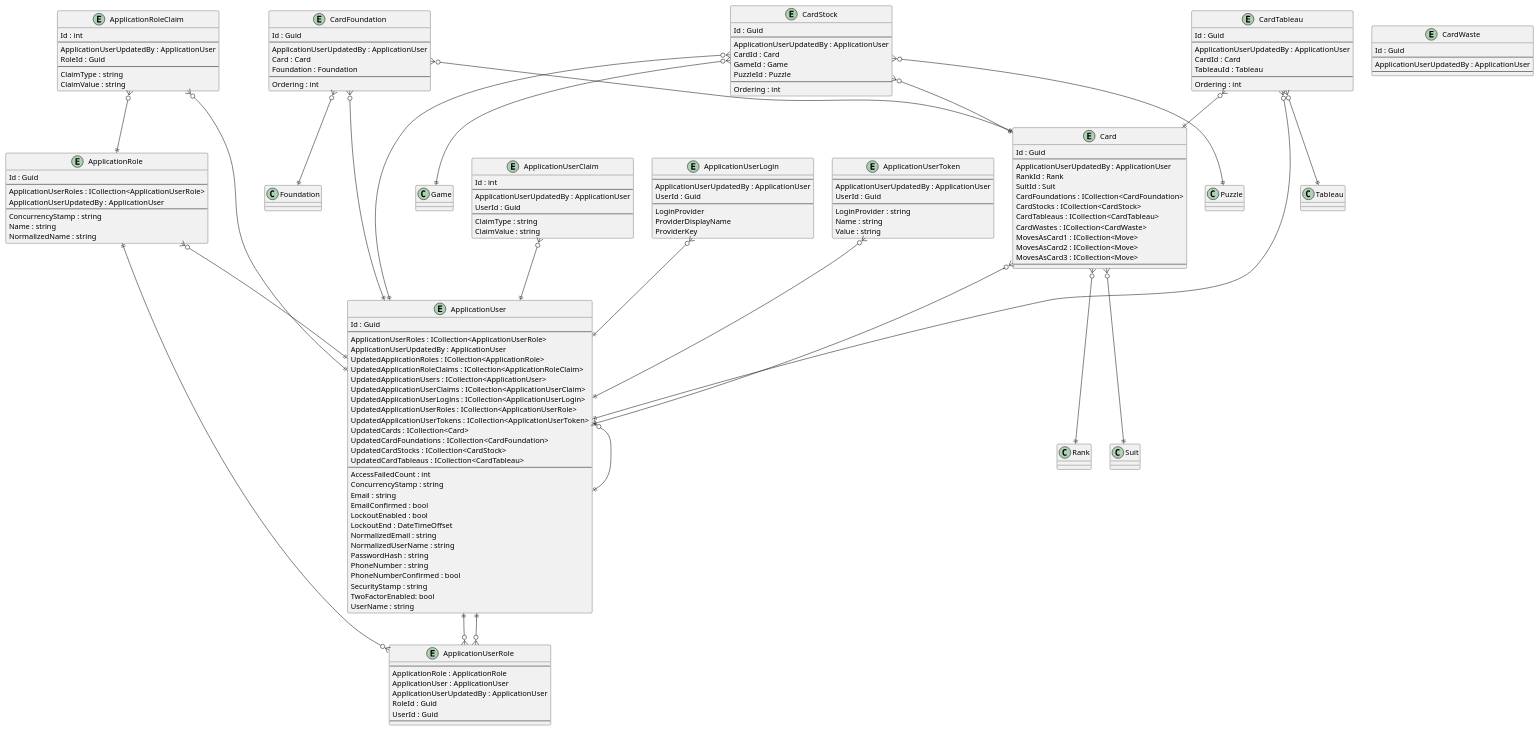
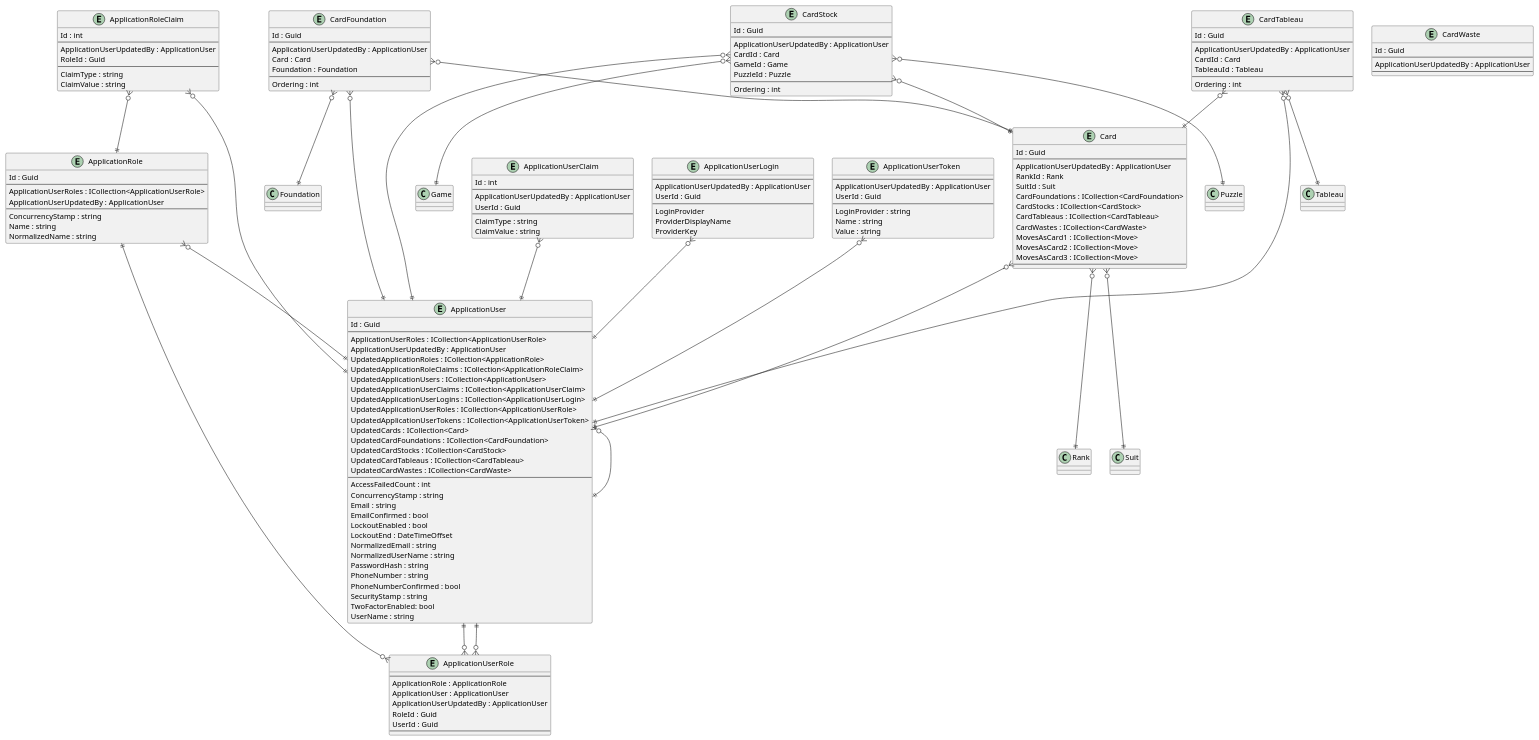
The diagram in .docs/Intrepion.KlondikeSolitaire.pu (intrepion/intrepion_klondike-solitaire_csharp), drawn with PlantUML before and after one commit.

```diff
--- a/.docs/Intrepion.KlondikeSolitaire.pu
+++ b/.docs/Intrepion.KlondikeSolitaire.pu
@@ -1,190 +1,191 @@
 @startuml
 
 entity ApplicationRole {
     Id : Guid
     --
     ApplicationUserRoles : ICollection<ApplicationUserRole>
     ApplicationUserUpdatedBy : ApplicationUser
     --
     ConcurrencyStamp : string
     Name : string
     NormalizedName : string
 }
 
 entity ApplicationRoleClaim {
     Id : int
     --
     ApplicationUserUpdatedBy : ApplicationUser
     RoleId : Guid
     --
     ClaimType : string
     ClaimValue : string
 }
 
 entity ApplicationUser {
     Id : Guid
     --
     ApplicationUserRoles : ICollection<ApplicationUserRole>
     ApplicationUserUpdatedBy : ApplicationUser
     UpdatedApplicationRoles : ICollection<ApplicationRole>
     UpdatedApplicationRoleClaims : ICollection<ApplicationRoleClaim>
     UpdatedApplicationUsers : ICollection<ApplicationUser>
     UpdatedApplicationUserClaims : ICollection<ApplicationUserClaim>
     UpdatedApplicationUserLogins : ICollection<ApplicationUserLogin>
     UpdatedApplicationUserRoles : ICollection<ApplicationUserRole>
     UpdatedApplicationUserTokens : ICollection<ApplicationUserToken>
     UpdatedCards : ICollection<Card>
     UpdatedCardFoundations : ICollection<CardFoundation>
     UpdatedCardStocks : ICollection<CardStock>
     UpdatedCardTableaus : ICollection<CardTableau>
+    UpdatedCardWastes : ICollection<CardWaste>
     ' ApplicationUserKeyCodePlaceholder
     --
     AccessFailedCount : int
     ConcurrencyStamp : string
     Email : string
     EmailConfirmed : bool
     LockoutEnabled : bool
     LockoutEnd : DateTimeOffset
     NormalizedEmail : string
     NormalizedUserName : string
     PasswordHash : string
     PhoneNumber : string
     PhoneNumberConfirmed : bool
     SecurityStamp : string
     TwoFactorEnabled: bool
     UserName : string
 }
 
 entity ApplicationUserClaim {
     Id : int
     --
     ApplicationUserUpdatedBy : ApplicationUser
     UserId : Guid
     --
     ClaimType : string
     ClaimValue : string
 }
 
 entity ApplicationUserLogin {
     --
     ApplicationUserUpdatedBy : ApplicationUser
     UserId : Guid
     --
     LoginProvider
     ProviderDisplayName
     ProviderKey
 }
 
 entity ApplicationUserRole {
     --
     ApplicationRole : ApplicationRole
     ApplicationUser : ApplicationUser
     ApplicationUserUpdatedBy : ApplicationUser
     RoleId : Guid
     UserId : Guid
     --
 }
 
 entity ApplicationUserToken {
     --
     ApplicationUserUpdatedBy : ApplicationUser
     UserId : Guid
     --
     LoginProvider : string
     Name : string
     Value : string
 }
 
 entity Card {
     Id : Guid
     --
     ApplicationUserUpdatedBy : ApplicationUser
     RankId : Rank
     SuitId : Suit
     CardFoundations : ICollection<CardFoundation>
     CardStocks : ICollection<CardStock>
     CardTableaus : ICollection<CardTableau>
     CardWastes : ICollection<CardWaste>
     MovesAsCard1 : ICollection<Move>
     MovesAsCard2 : ICollection<Move>
     MovesAsCard3 : ICollection<Move>
     ' CardKeyCodePlaceholder
     --
     ' CardPropertyCodePlaceholder
 }
 
 entity CardFoundation {
     Id : Guid
     --
     ApplicationUserUpdatedBy : ApplicationUser
     Card : Card
     Foundation : Foundation
     ' CardFoundationKeyCodePlaceholder
     --
     Ordering : int
     ' CardFoundationPropertyCodePlaceholder
 }
 
 entity CardStock {
     Id : Guid
     --
     ApplicationUserUpdatedBy : ApplicationUser
     CardId : Card
     GameId : Game
     PuzzleId : Puzzle
     ' CardStockKeyCodePlaceholder
     --
     Ordering : int
     ' CardStockPropertyCodePlaceholder
 }
 
 entity CardTableau {
     Id : Guid
     --
     ApplicationUserUpdatedBy : ApplicationUser
     CardId : Card
     TableauId : Tableau
     ' CardTableauKeyCodePlaceholder
     --
     Ordering : int
     ' CardTableauPropertyCodePlaceholder
 }
 
 entity CardWaste {
     Id : Guid
     --
     ApplicationUserUpdatedBy : ApplicationUser
     ' CardWasteKeyCodePlaceholder
     --
     ' CardWastePropertyCodePlaceholder
 }
 
 ' EntityCodePlaceholder
 
 ApplicationRole ||--o{ ApplicationUserRole
 ApplicationRole }o--|| ApplicationUser
 ApplicationRoleClaim }o--|| ApplicationRole
 ApplicationRoleClaim }o--|| ApplicationUser
 ApplicationUser }o--|| ApplicationUser
 ApplicationUser ||--o{ ApplicationUserRole
 ApplicationUserClaim }o--|| ApplicationUser
 ApplicationUserLogin }o--|| ApplicationUser
 ApplicationUserRole }o--|| ApplicationUser
 ApplicationUserToken }o--|| ApplicationUser
 
 Card }o--|| ApplicationUser
 Card }o--|| Rank
 Card }o--|| Suit
 CardFoundation }o--|| ApplicationUser
 CardFoundation }o--|| Card
 CardFoundation }o--|| Foundation
 CardStock }o--|| ApplicationUser
 CardStock }o--|| Card
 CardStock }o--|| Game
 CardStock }o--|| Puzzle
 CardTableau }o--|| ApplicationUser
 CardTableau }o--|| Card
 CardTableau }o--|| Tableau
 ' RelationshipCodePlaceholder
 
 @enduml
```
